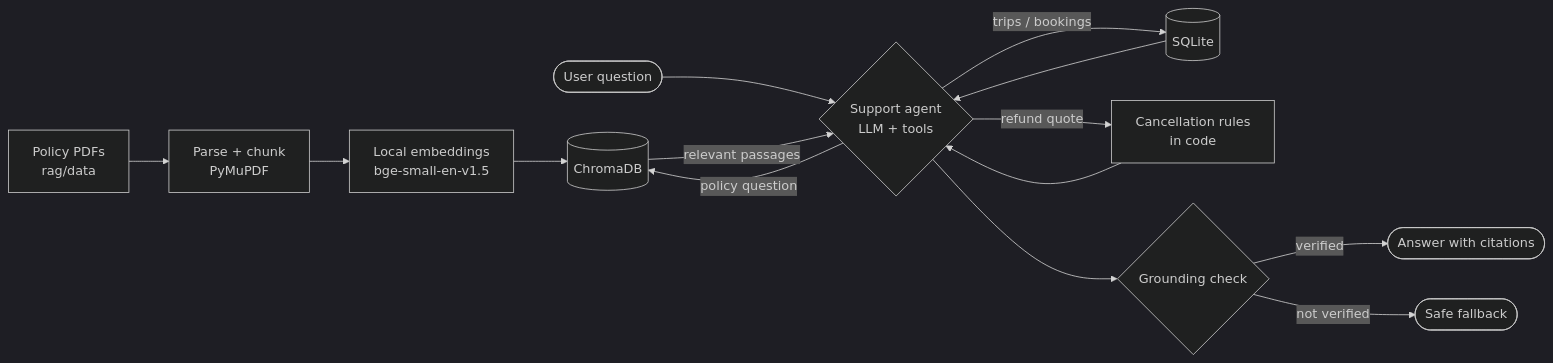
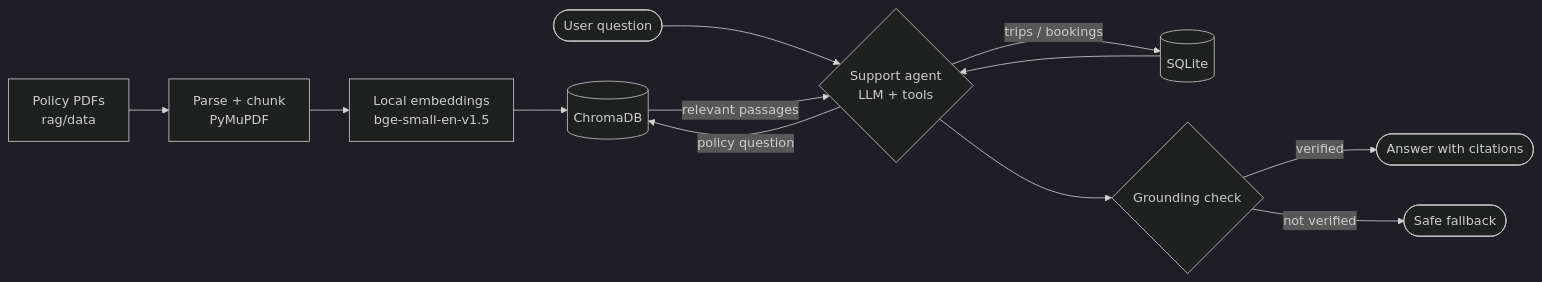
One commit to pojesh/Trip-Planner-Agent changed the diagram in README.md. Above: the diagram before and after it, drawn with Mermaid (dark theme).

````diff
--- a/README.md
+++ b/README.md
@@ -155,18 +155,16 @@
 ```mermaid
 flowchart LR
     PDF["Policy PDFs<br/>rag/data"] --> ING["Parse + chunk<br/>PyMuPDF"]
     ING --> EMB["Local embeddings<br/>bge-small-en-v1.5"]
     EMB --> VDB[("ChromaDB")]
 
     Q(["User question"]) --> AG{"Support agent<br/>LLM + tools"}
     AG -- "policy question" --> VDB
     VDB -- "relevant passages" --> AG
     AG -- "trips / bookings" --> DB[("SQLite")]
     DB --> AG
-    AG -- "refund quote" --> RULES["Cancellation rules<br/>in code"]
-    RULES --> AG
 
     AG --> CHK{"Grounding check"}
     CHK -- "verified" --> ANS(["Answer with citations"])
     CHK -- "not verified" --> FB(["Safe fallback"])
 ```
````
